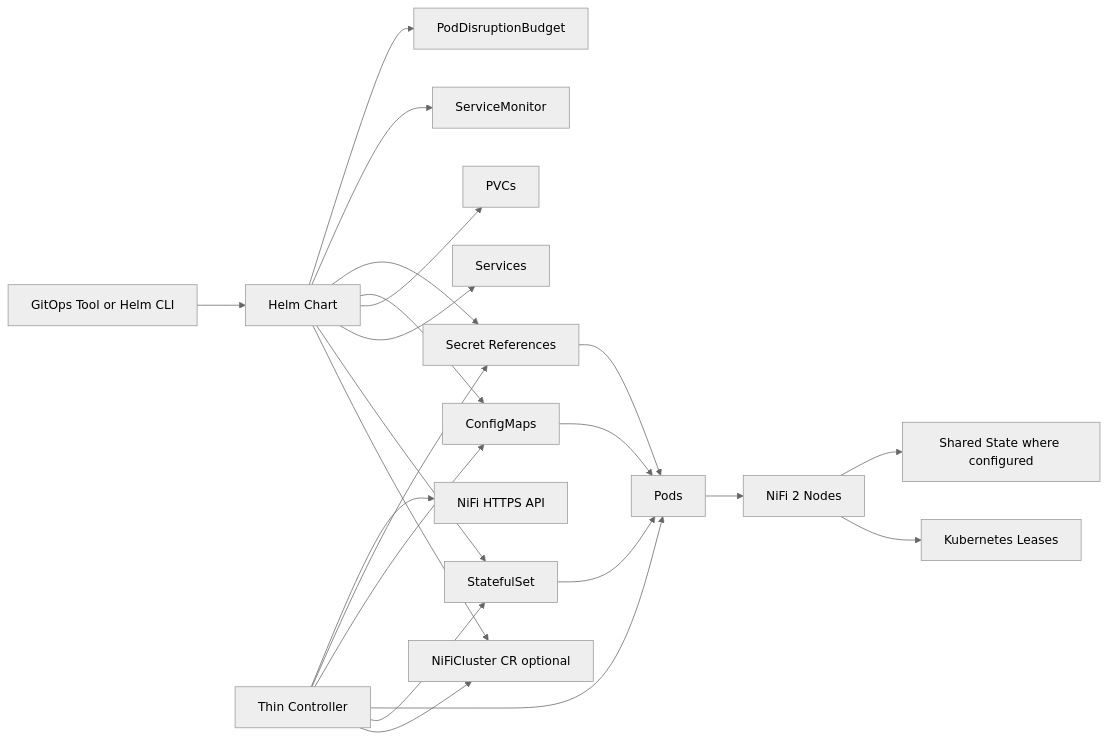
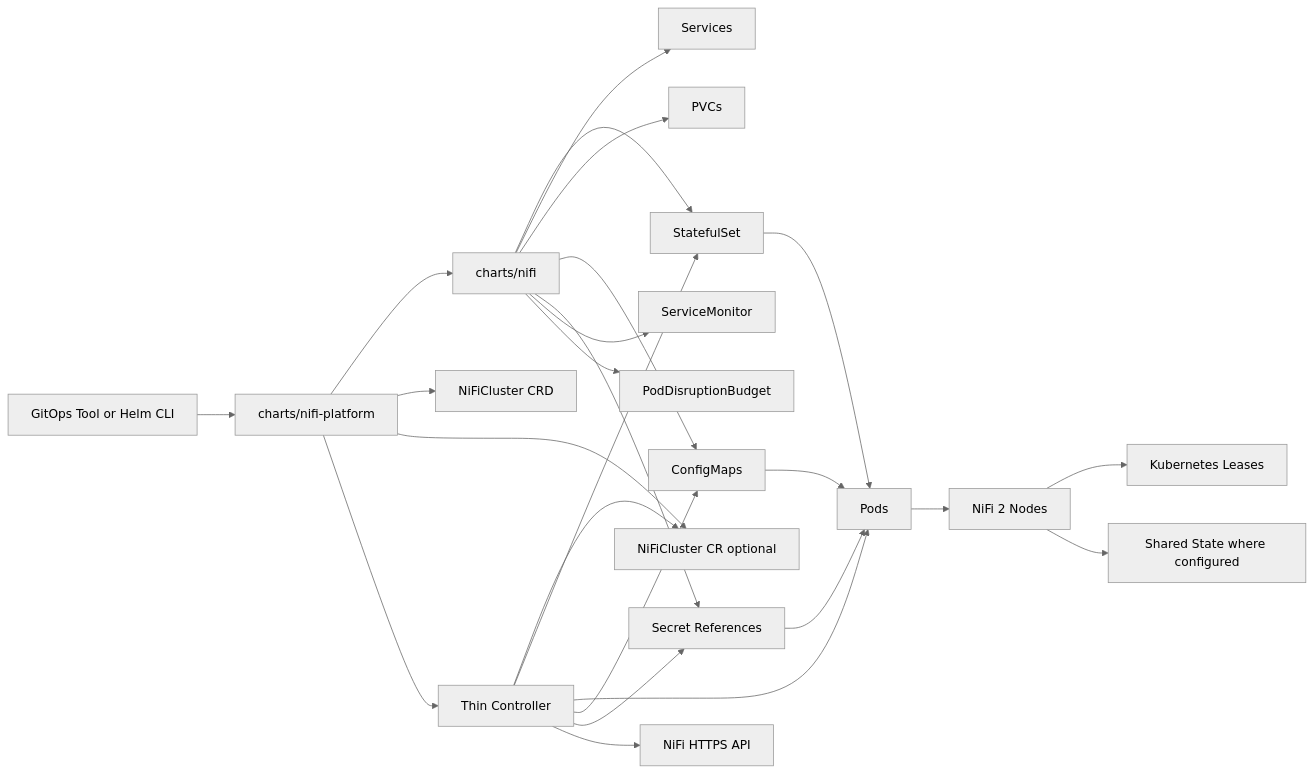
Before and after one commit to michaelhutchings-napier/NiFi-Fabric: the diagram in docs/architecture.md, drawn with Mermaid (neutral theme). The commit also changed other lines of this file and 40 other files, not shown here.

Commit message:
Seperate charts

````diff
--- a/docs/architecture.md
+++ b/docs/architecture.md
@@ -15,26 +16,29 @@
 ```mermaid
 flowchart LR
-    GitOps[GitOps Tool or Helm CLI] --> Chart[Helm Chart]
-    Chart --> CR[NiFiCluster CR optional]
-    Chart --> STS[StatefulSet]
-    Chart --> SVC[Services]
-    Chart --> PVC[PVCs]
-    Chart --> CM[ConfigMaps]
-    Chart --> SEC[Secret References]
-    Chart --> MON[ServiceMonitor]
-    Chart --> PDB[PodDisruptionBudget]
+    GitOps[GitOps Tool or Helm CLI] --> PlatformChart[charts/nifi-platform]
+    PlatformChart --> AppChart[charts/nifi]
+    PlatformChart --> CRD[NiFiCluster CRD]
+    PlatformChart --> CR[NiFiCluster CR optional]
+    PlatformChart --> Controller[Thin Controller]
+    AppChart --> STS[StatefulSet]
+    AppChart --> SVC[Services]
+    AppChart --> PVC[PVCs]
+    AppChart --> CM[ConfigMaps]
+    AppChart --> SEC[Secret References]
+    AppChart --> MON[ServiceMonitor]
+    AppChart --> PDB[PodDisruptionBudget]
 
-    Controller[Thin Controller] --> CR
+    Controller --> CR
     Controller --> STS
     Controller --> Pods[Pods]
     Controller --> CM
     Controller --> SEC
     Controller --> NiFiAPI[NiFi HTTPS API]
 
     STS --> Pods
     Pods --> NiFi[NiFi 2 Nodes]
     NiFi --> Lease[Kubernetes Leases]
     NiFi --> State[Shared State where configured]
     SEC --> Pods
     CM --> Pods
 ```
````
